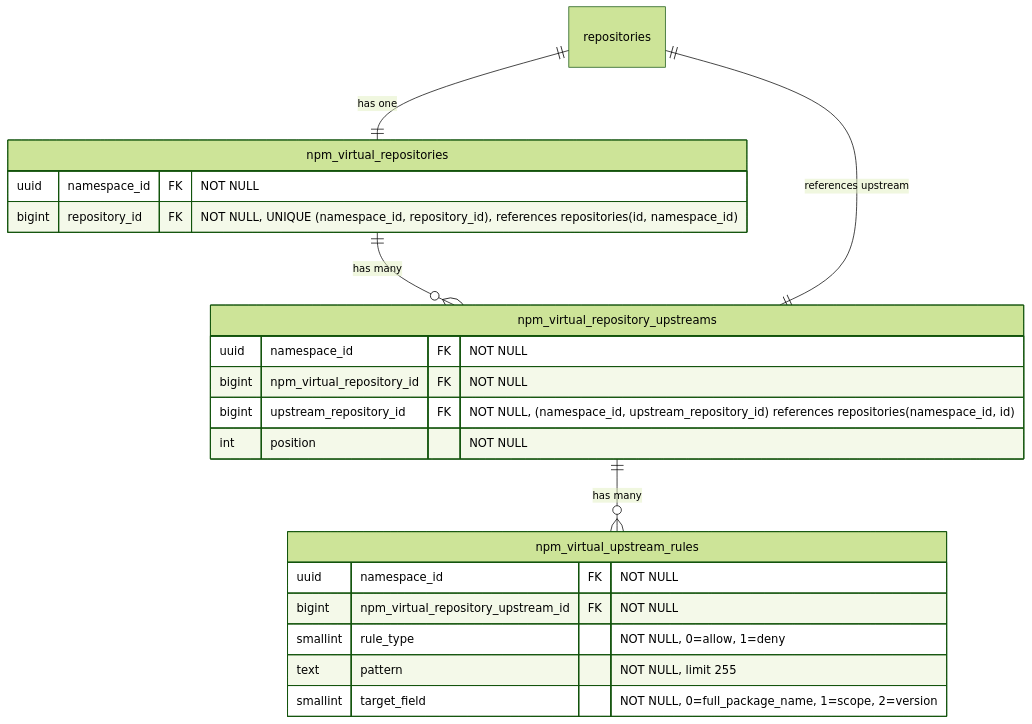
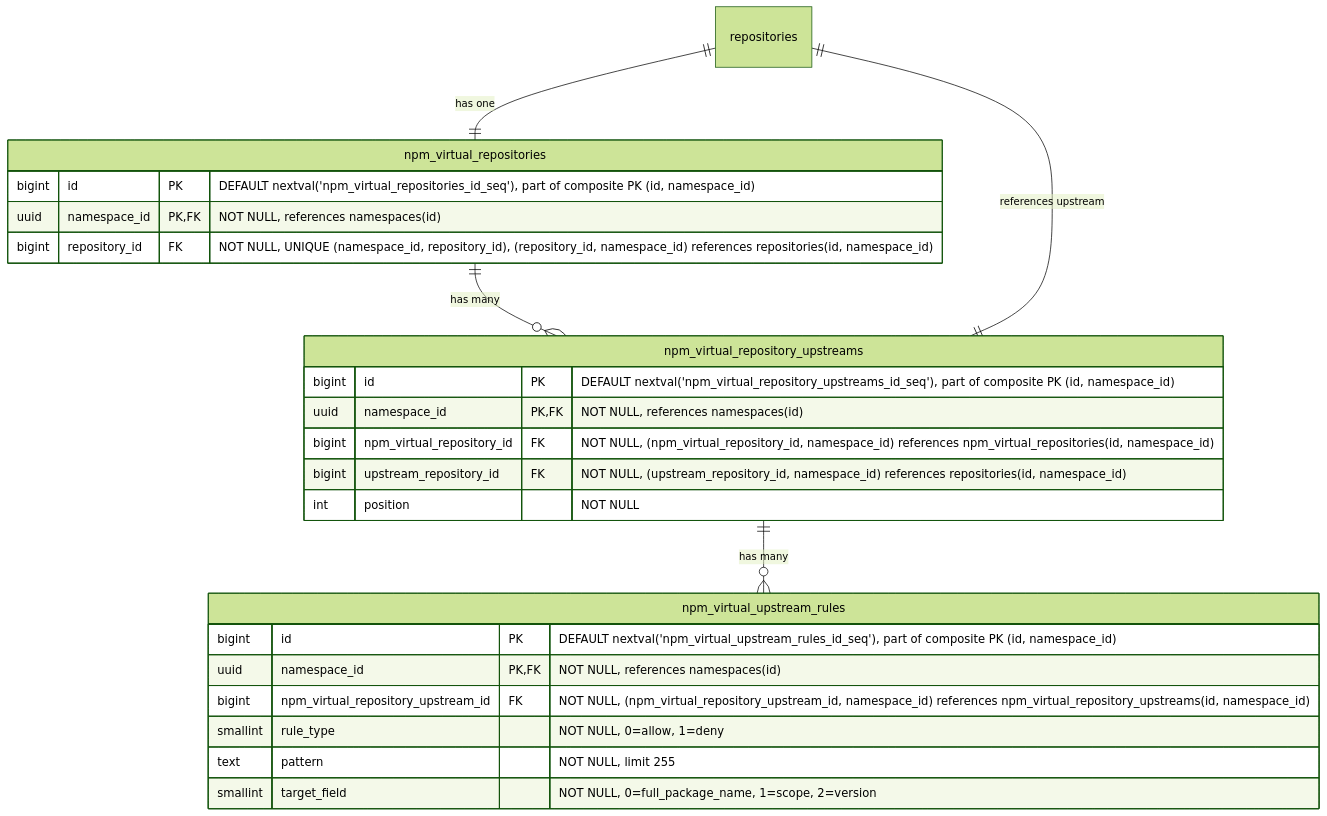
Diagram 15 of 19 in content/handbook/engineering/architecture/design-documents/artifact_registry/decisions/007_database_schema.md (kyama0/gitlab-handbook-ja), drawn with Mermaid (forest theme) before and after one commit. The commit also changed other lines of this file and 7 other files, not shown here.

````diff
--- a/content/handbook/engineering/architecture/design-documents/artifact_registry/decisions/007_database_schema.md
+++ b/content/handbook/engineering/architecture/design-documents/artifact_registry/decisions/007_database_schema.md
@@ -1241,27 +1308,30 @@
 ```mermaid
 erDiagram
     repositories ||--|| npm_virtual_repositories : "has one"
     npm_virtual_repositories ||--o{ npm_virtual_repository_upstreams : "has many"
     npm_virtual_repository_upstreams ||--|| repositories : "references upstream"
     npm_virtual_repository_upstreams ||--o{ npm_virtual_upstream_rules : "has many"
 
     npm_virtual_repositories {
-        uuid namespace_id FK "NOT NULL"
-        bigint repository_id FK "NOT NULL, UNIQUE (namespace_id, repository_id), references repositories(id, namespace_id)"
+        bigint id PK "DEFAULT nextval('npm_virtual_repositories_id_seq'), part of composite PK (id, namespace_id)"
+        uuid namespace_id PK,FK "NOT NULL, references namespaces(id)"
+        bigint repository_id FK "NOT NULL, UNIQUE (namespace_id, repository_id), (repository_id, namespace_id) references repositories(id, namespace_id)"
     }
 
     npm_virtual_repository_upstreams {
-        uuid namespace_id FK "NOT NULL"
-        bigint npm_virtual_repository_id FK "NOT NULL"
-        bigint upstream_repository_id FK "NOT NULL, (namespace_id, upstream_repository_id) references repositories(namespace_id, id)"
+        bigint id PK "DEFAULT nextval('npm_virtual_repository_upstreams_id_seq'), part of composite PK (id, namespace_id)"
+        uuid namespace_id PK,FK "NOT NULL, references namespaces(id)"
+        bigint npm_virtual_repository_id FK "NOT NULL, (npm_virtual_repository_id, namespace_id) references npm_virtual_repositories(id, namespace_id)"
+        bigint upstream_repository_id FK "NOT NULL, (upstream_repository_id, namespace_id) references repositories(id, namespace_id)"
         int position "NOT NULL"
     }
 
     npm_virtual_upstream_rules {
-        uuid namespace_id FK "NOT NULL"
-        bigint npm_virtual_repository_upstream_id FK "NOT NULL"
+        bigint id PK "DEFAULT nextval('npm_virtual_upstream_rules_id_seq'), part of composite PK (id, namespace_id)"
+        uuid namespace_id PK,FK "NOT NULL, references namespaces(id)"
+        bigint npm_virtual_repository_upstream_id FK "NOT NULL, (npm_virtual_repository_upstream_id, namespace_id) references npm_virtual_repository_upstreams(id, namespace_id)"
         smallint rule_type "NOT NULL, 0=allow, 1=deny"
         text pattern "NOT NULL, limit 255"
         smallint target_field "NOT NULL, 0=full_package_name, 1=scope, 2=version"
     }
 ```
````
